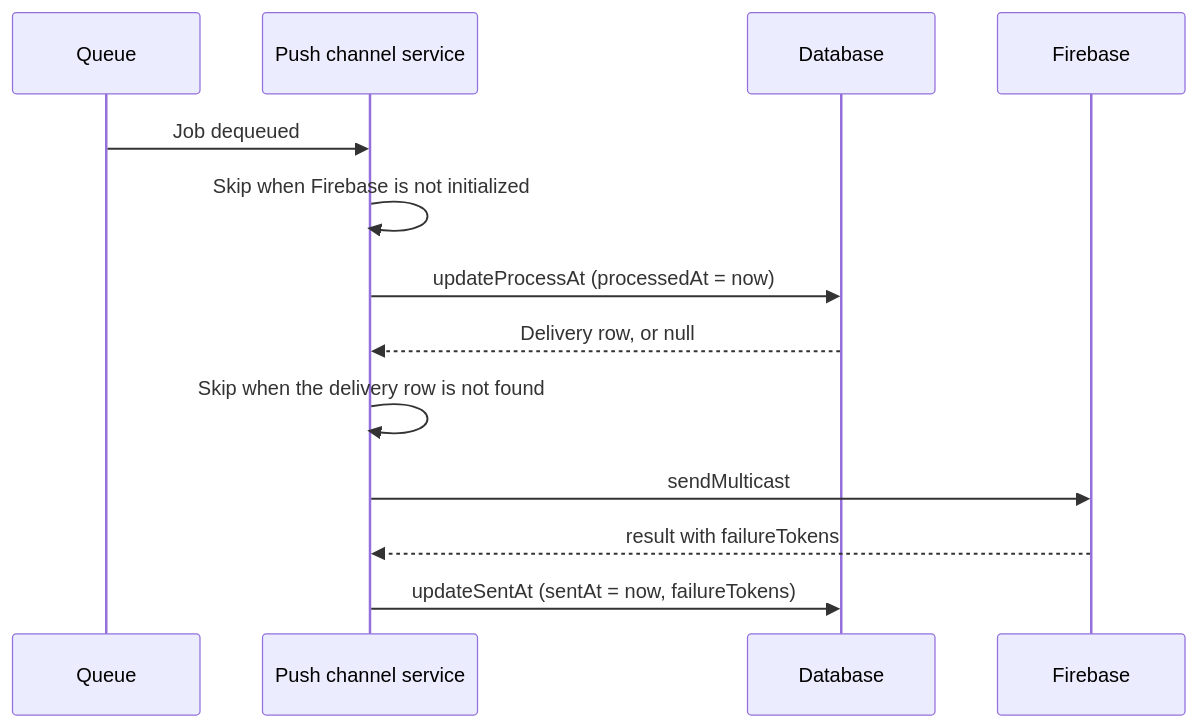
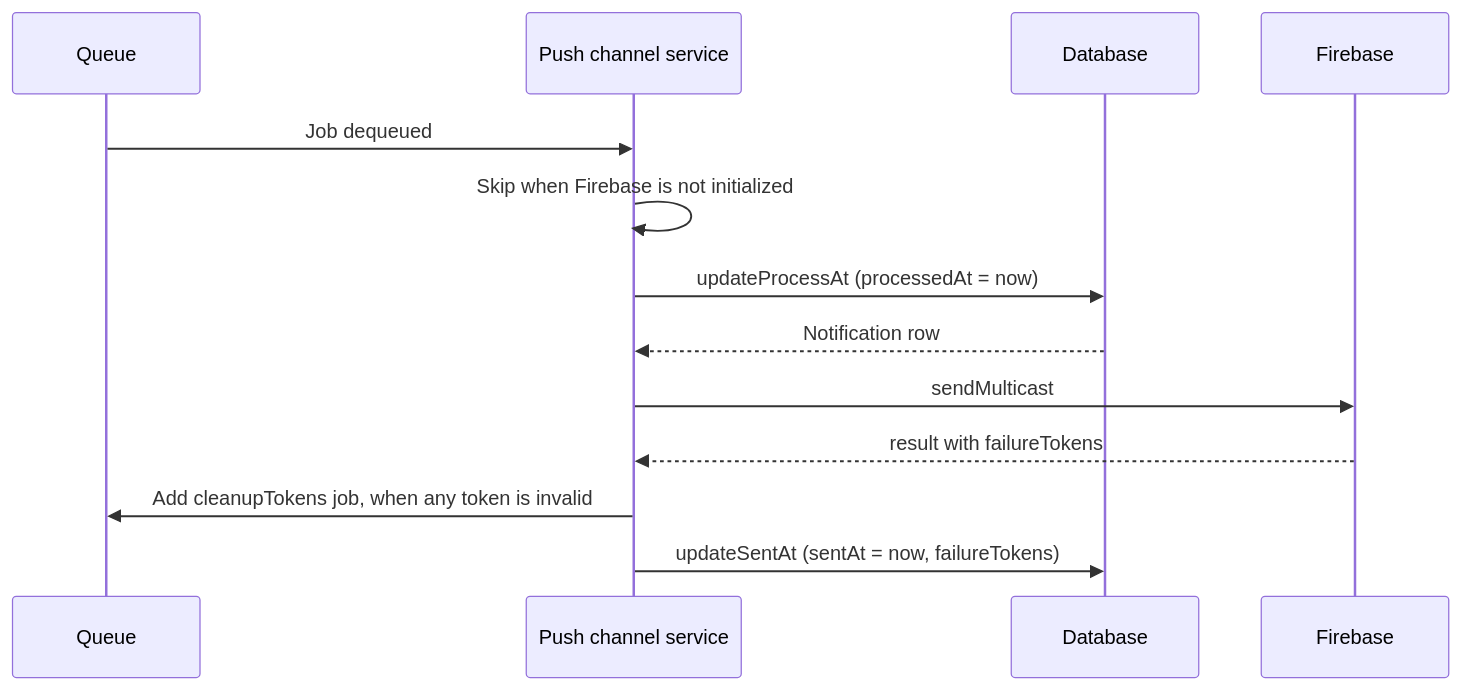
One commit to andrechristikan/ack-nestjs-boilerplate changed the third of 3 diagrams in docs/notification.md. Above: the diagram before and after it, drawn with Mermaid. The commit also changed other lines of this file and 115 other files, not shown here.

````diff
--- a/docs/notification.md
+++ b/docs/notification.md
@@ -537,16 +602,16 @@
 ```mermaid
 sequenceDiagram
     participant Q as Queue
     participant P as Push channel service
     participant DB as Database
     participant FCM as Firebase
 
     Q->>P: Job dequeued
     P->>P: Skip when Firebase is not initialized
     P->>DB: updateProcessAt (processedAt = now)
-    DB-->>P: Delivery row, or null
-    P->>P: Skip when the delivery row is not found
+    DB-->>P: Notification row
     P->>FCM: sendMulticast
     FCM-->>P: result with failureTokens
+    P->>Q: Add cleanupTokens job, when any token is invalid
     P->>DB: updateSentAt (sentAt = now, failureTokens)
 ```
````
